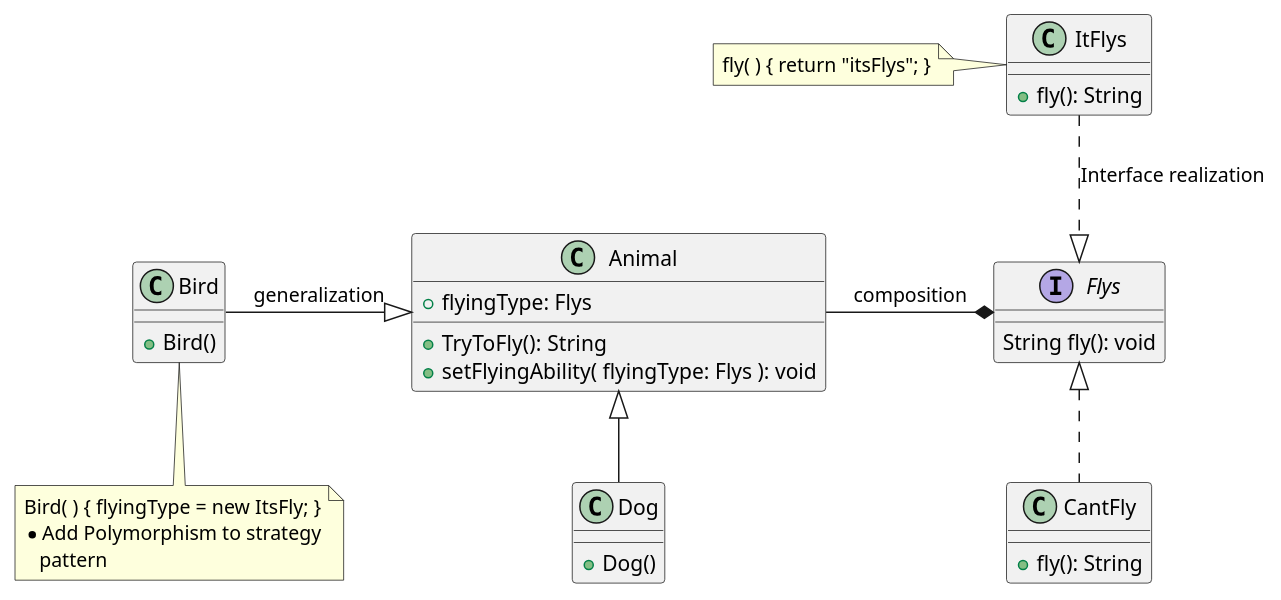
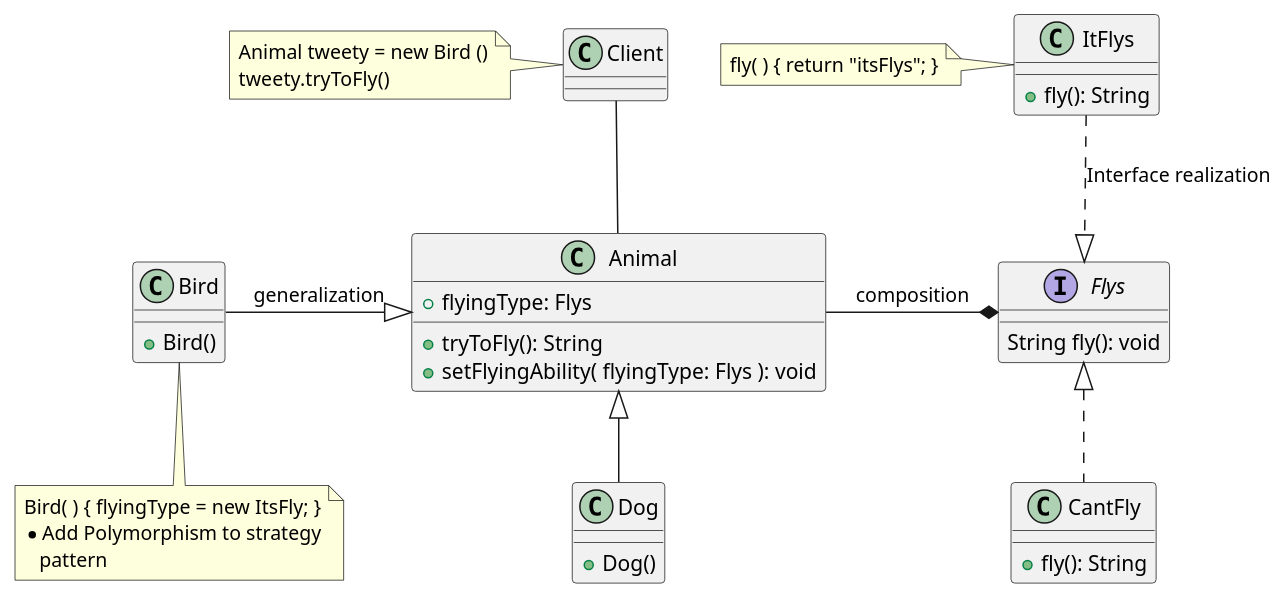
Before and after one commit to yvanross/LOG121-GOF-exemples: the diagram in src/main/java/Strategie/Animal/README.md, drawn with PlantUML.

Commit message:
Add class Readme Strategy/Animal  client

````diff
--- a/src/main/java/Strategie/Animal/README.md
+++ b/src/main/java/Strategie/Animal/README.md
@@ -3,36 +3,42 @@
 ```plantuml
 @startuml
 
+class Client
+
 class Animal{
     + flyingType: Flys
-    + TryToFly(): String
+    + tryToFly(): String
     + setFlyingAbility( flyingType: Flys ): void
 }
 class Bird {
 +Bird()
 }
 class Dog extends Animal {
 +Dog()
 }
 class ItFlys{
     + fly(): String
 }
 class CantFly implements Flys{
     + fly(): String
 }
 
 
 interface Flys{
     String fly(): void
 }
 
 ItFlys ..|> Flys : Interface realization
 Animal -* Flys:composition
 Bird -|> Animal :generalization
 
+Client -- Animal
+
 note bottom of Bird : Bird( ) { flyingType = new ItsFly; }\n*Add Polymorphism to strategy\n   pattern
 
 note left of ItFlys : fly( ) { return "itsFlys"; }
 
+note left of Client :  Animal tweety = new Bird ()\ntweety.tryToFly()
+
 @enduml
 ```
````
